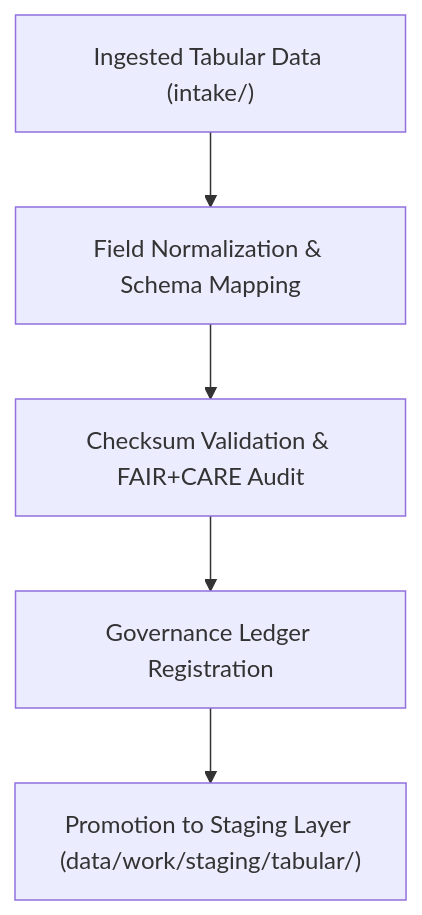
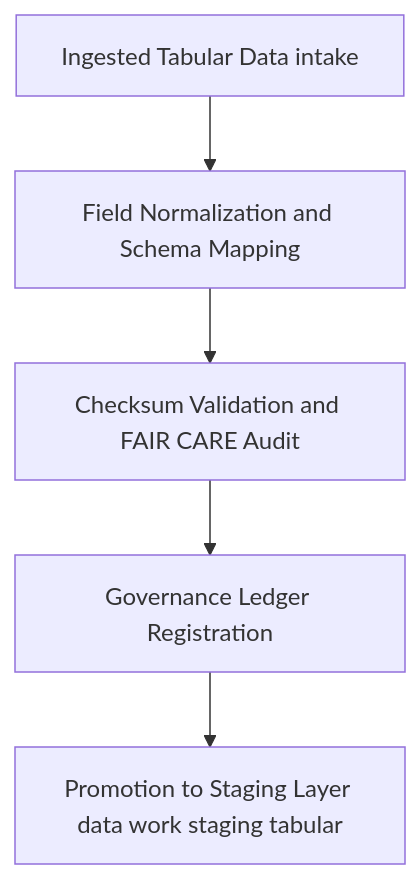
One commit to bartytime4life/Kansas-Frontier-Matrix changed the diagram in data/work/tmp/tabular/tmp/README.md. Above: the diagram before and after it, drawn with Mermaid. The commit also changed other lines of this file, not shown here.

````diff
--- a/data/work/tmp/tabular/tmp/README.md
+++ b/data/work/tmp/tabular/tmp/README.md
@@ -63,7 +65,7 @@
 ```mermaid
 flowchart TD
-    A["Ingested Tabular Data (intake/)"] --> B["Field Normalization & Schema Mapping"]
-    B --> C["Checksum Validation & FAIR+CARE Audit"]
+    A["Ingested Tabular Data intake"] --> B["Field Normalization and Schema Mapping"]
+    B --> C["Checksum Validation and FAIR CARE Audit"]
     C --> D["Governance Ledger Registration"]
-    D --> E["Promotion to Staging Layer (data/work/staging/tabular/)"]
+    D --> E["Promotion to Staging Layer data work staging tabular"]
 ```
````
